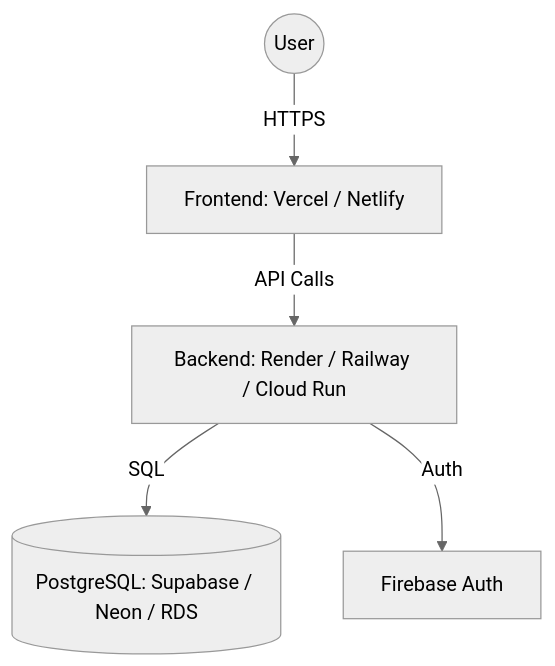
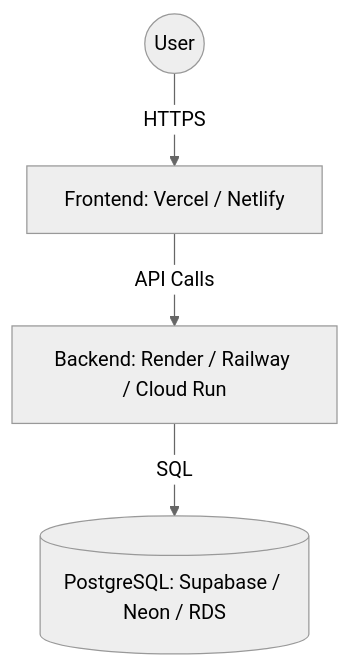
The diagram in DEPLOYMENT.md (kiberiusgoga/gastropro), drawn with Mermaid (neutral theme) before and after one commit. The commit also changed other lines of this file and 23 other files, not shown here.

````diff
--- a/DEPLOYMENT.md
+++ b/DEPLOYMENT.md
@@ -7,7 +7,6 @@
 ```mermaid
 graph TD
     User((User)) -->|HTTPS| Frontend[Frontend: Vercel / Netlify]
     Frontend -->|API Calls| Backend[Backend: Render / Railway / Cloud Run]
     Backend -->|SQL| DB[(PostgreSQL: Supabase / Neon / RDS)]
-    Backend -->|Auth| Firebase[Firebase Auth]
 ```
````
